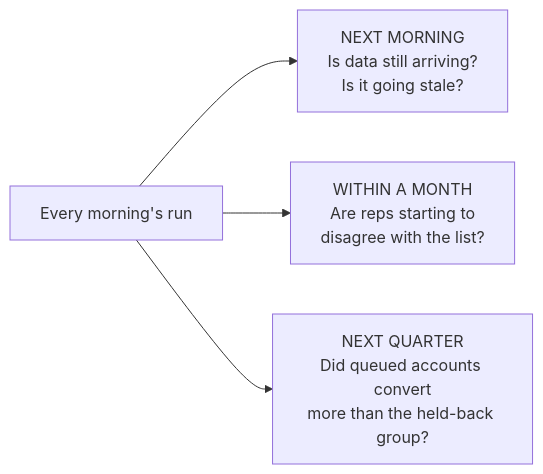
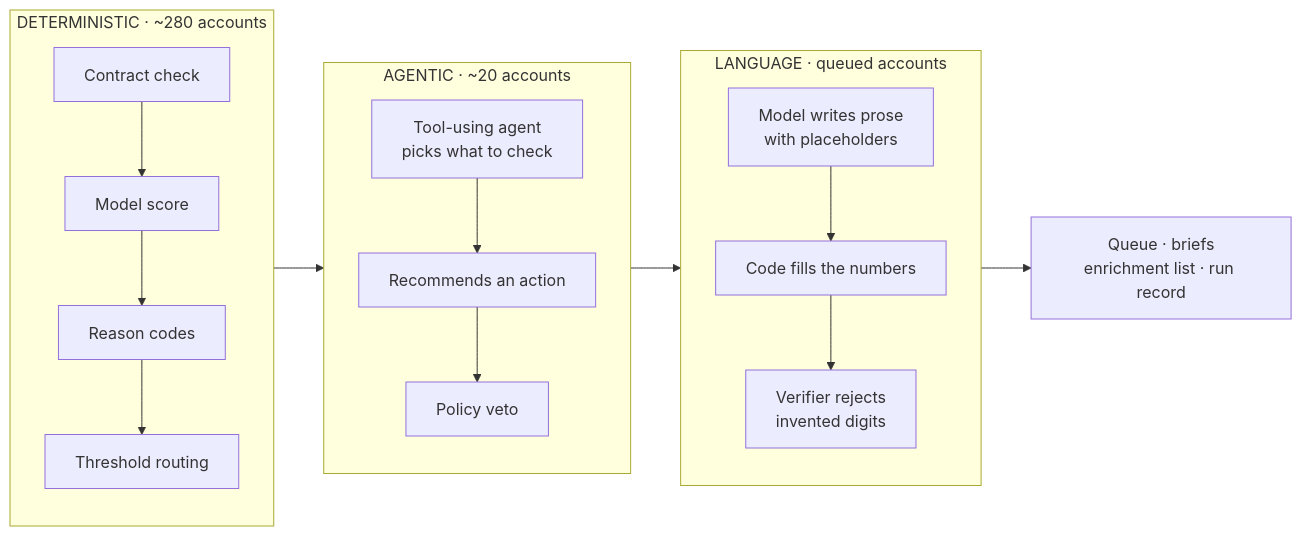
The third of 5 diagrams in README.md (kb2326/cordilla-account-scoring), drawn with Mermaid before and after one commit. The commit also changed other lines of this file and 1 other file, not shown here.

First line of the commit message:
README rewritten around the architecture; benchmark the assumptions

````diff
--- a/README.md
+++ b/README.md
@@ -98,6 +86,16 @@
 ```mermaid
 flowchart LR
-    R["Every morning's run"] --> D1["NEXT MORNING<br/>Is data still arriving?<br/>Is it going stale?"]
-    R --> D2["WITHIN A MONTH<br/>Are reps starting to<br/>disagree with the list?"]
-    R --> D3["NEXT QUARTER<br/>Did queued accounts convert<br/>more than the held-back group?"]
+    subgraph D["DETERMINISTIC · ~280 accounts"]
+        direction TB
+        D1["Contract check"] --> D2["Model score"] --> D3["Reason codes"] --> D4["Threshold routing"]
+    end
+    subgraph A["AGENTIC · ~20 accounts"]
+        direction TB
+        A1["Tool-using agent<br/>picks what to check"] --> A2["Recommends an action"] --> A3["Policy veto"]
+    end
+    subgraph L["LANGUAGE · queued accounts"]
+        direction TB
+        L1["Model writes prose<br/>with placeholders"] --> L2["Code fills the numbers"] --> L3["Verifier rejects<br/>invented digits"]
+    end
+    D --> A --> L --> OUT["Queue · briefs<br/>enrichment list · run record"]
 ```
````
